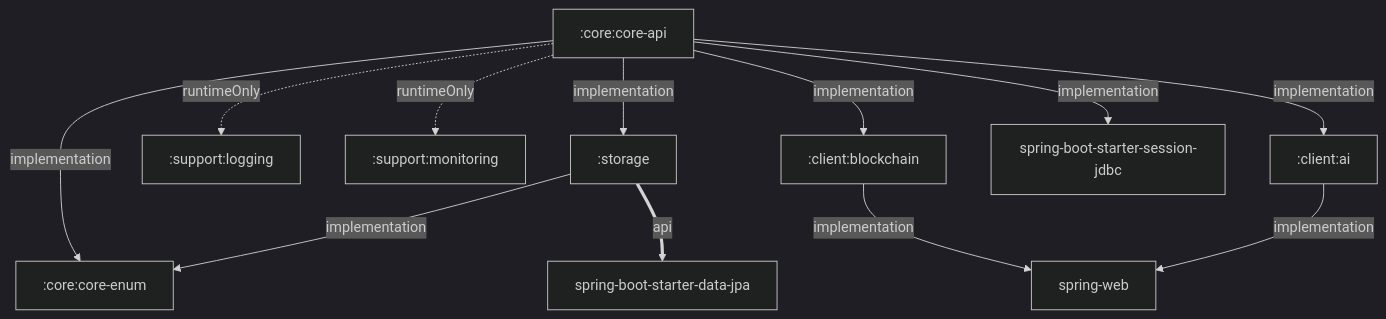
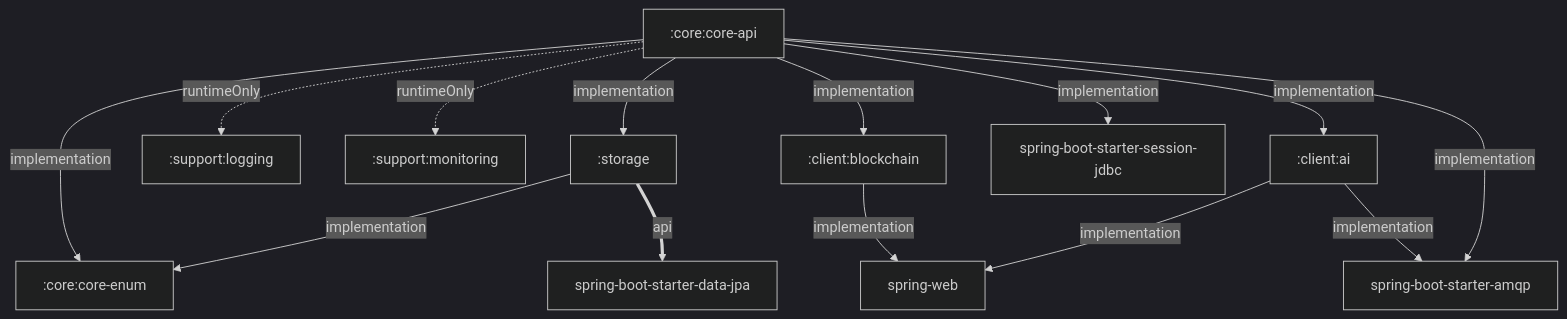
The diagram in backend/ai-block-clock/docs/MODULES.md (Team-ABC-Al-Block-Clock/Ai-Block-Clock), drawn with Mermaid (dark theme) before and after one commit. The commit also changed other lines of this file and 9 other files, not shown here.

````diff
--- a/backend/ai-block-clock/docs/MODULES.md
+++ b/backend/ai-block-clock/docs/MODULES.md
@@ -75,25 +75,28 @@
 ```mermaid
 graph TD
     api[":core:core-api"]
     enums[":core:core-enum"]
     storage[":storage"]
     logging[":support:logging"]
     monitoring[":support:monitoring"]
     blockchain[":client:blockchain"]
     ai[":client:ai"]
     jpa["spring-boot-starter-data-jpa"]
     session["spring-boot-starter-session-jdbc"]
     web["spring-web"]
+    amqp["spring-boot-starter-amqp"]
 
     api -->|implementation| storage
     api -->|implementation| enums
     api -->|implementation| session
     api -->|implementation| blockchain
     api -->|implementation| ai
     api -.->|runtimeOnly| logging
     api -.->|runtimeOnly| monitoring
     storage -->|implementation| enums
     storage ==>|api| jpa
     blockchain -->|implementation| web
     ai -->|implementation| web
+    ai -->|implementation| amqp
+    api -->|implementation| amqp
 ```
````
